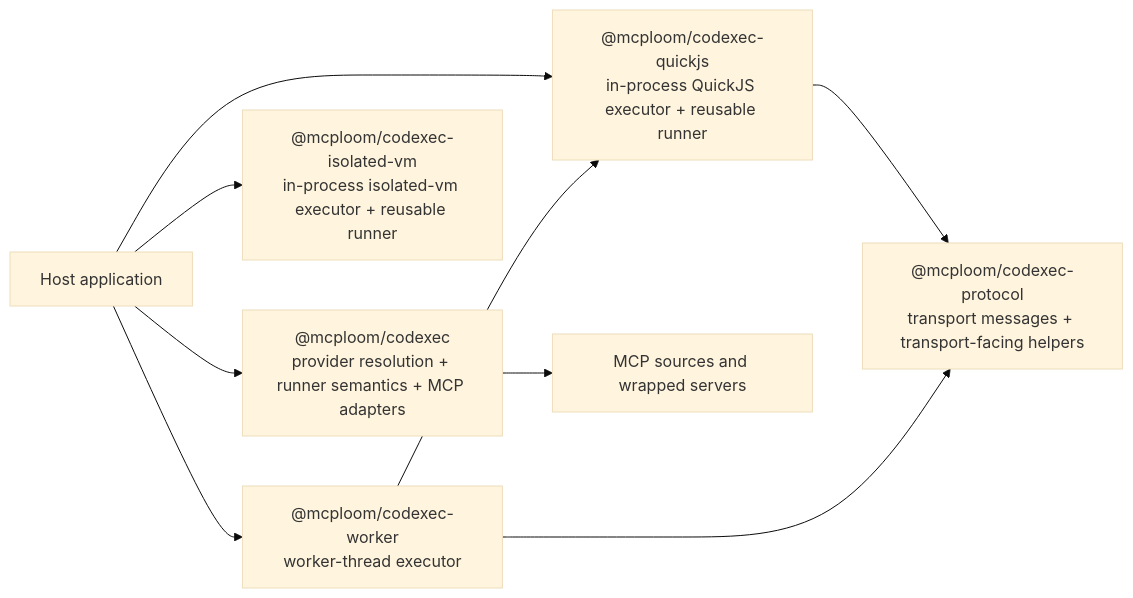
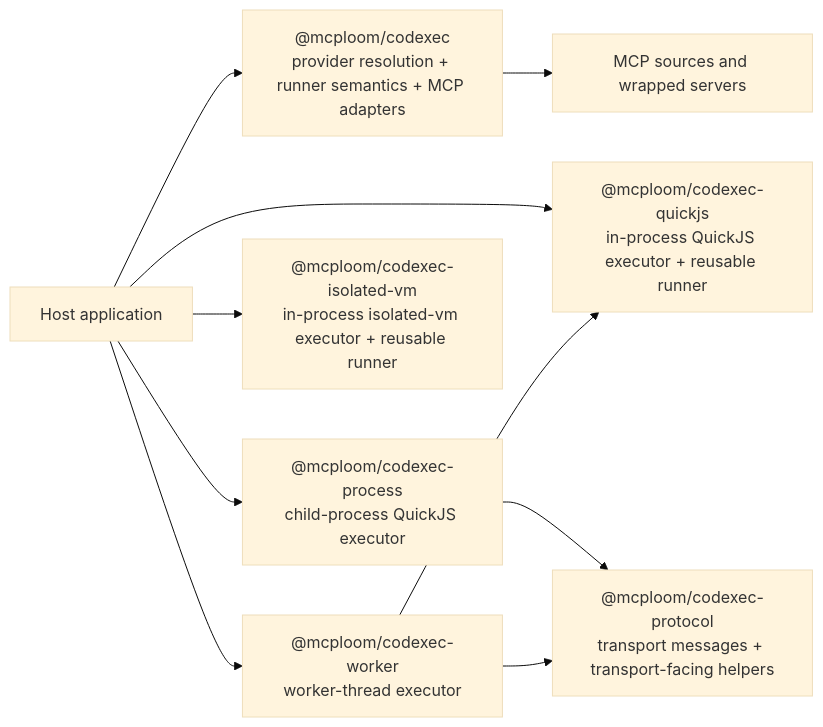
The first of 3 diagrams in docs/codexec/architecture/README.md (aallam/mcploom), drawn with Mermaid (base theme) before and after one commit. The commit also changed other lines of this file and 23 other files, not shown here.

Commit message:
feat(codexec): add child-process quickjs executor (#16)

````diff
--- a/docs/codexec/architecture/README.md
+++ b/docs/codexec/architecture/README.md
@@ -19,19 +19,21 @@
 ```mermaid
 flowchart LR
     APP["Host application"]
     CORE["@mcploom/codexec<br/>provider resolution + runner semantics + MCP adapters"]
     QJS["@mcploom/codexec-quickjs<br/>in-process QuickJS executor + reusable runner"]
+    PROC["@mcploom/codexec-process<br/>child-process QuickJS executor"]
     IVM["@mcploom/codexec-isolated-vm<br/>in-process isolated-vm executor + reusable runner"]
     PROTO["@mcploom/codexec-protocol<br/>transport messages + transport-facing helpers"]
     WORKER["@mcploom/codexec-worker<br/>worker-thread executor"]
     MCP["MCP sources and wrapped servers"]
 
     APP --> CORE
     APP --> QJS
+    APP --> PROC
     APP --> IVM
     APP --> WORKER
     CORE --> MCP
-    QJS --> PROTO
+    PROC --> PROTO
     WORKER --> PROTO
     WORKER --> QJS
 ```
````
